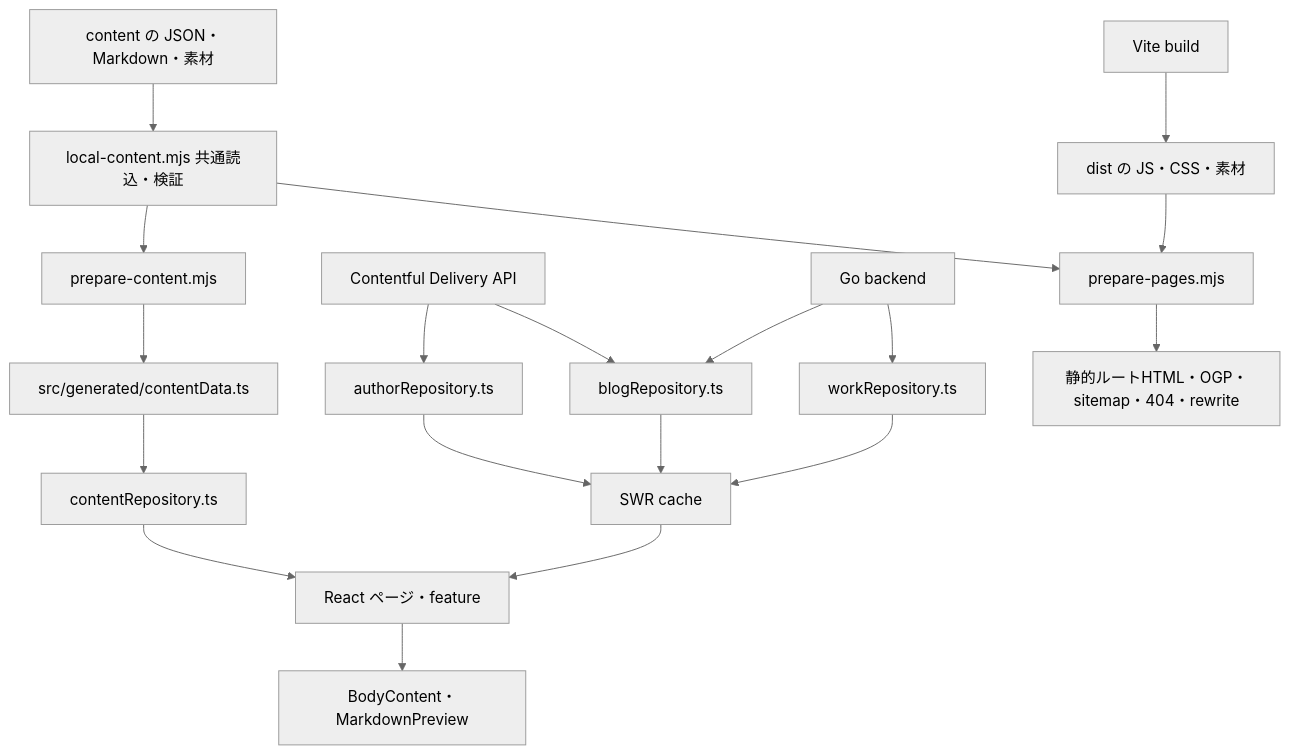
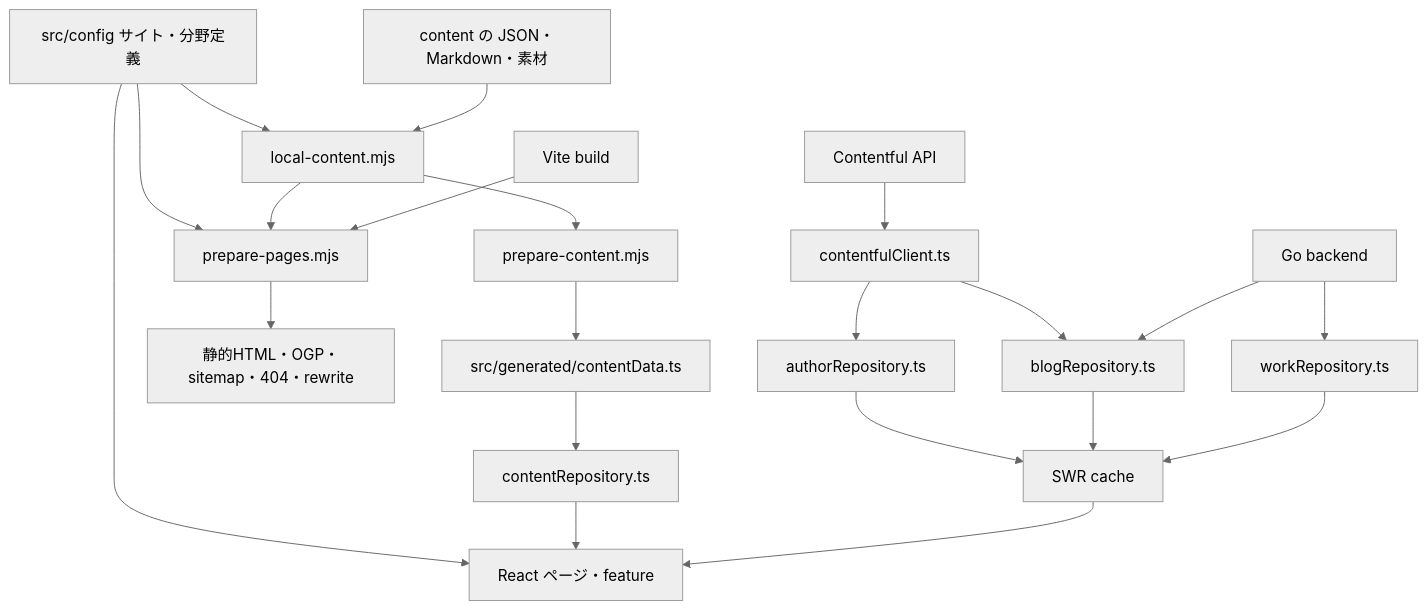
One commit to keitan1130/c3-official-website changed the diagram in docs/architecture.md. Above: the diagram before and after it, drawn with Mermaid (neutral theme). The commit also changed other lines of this file and 75 other files, not shown here.

````diff
--- a/docs/architecture.md
+++ b/docs/architecture.md
@@ -9,21 +23,23 @@
 ```mermaid
 flowchart TD
-  Content[content の JSON・Markdown・素材] --> Registry[local-content.mjs 共通読込・検証]
-  Registry --> Prepare[prepare-content.mjs]
+  Config[src/config サイト・分野定義] --> UI[React ページ・feature]
+  Config --> Validate[local-content.mjs]
+  Content[content の JSON・Markdown・素材] --> Validate
+  Validate --> Prepare[prepare-content.mjs]
   Prepare --> Generated[src/generated/contentData.ts]
-  Generated --> Local[contentRepository.ts]
-  Local --> UI[React ページ・feature]
-  Contentful[Contentful Delivery API] --> Authors[authorRepository.ts]
-  Contentful --> Blogs[blogRepository.ts]
+  Generated --> Repository[contentRepository.ts]
+  Repository --> UI
+  Config --> Pages[prepare-pages.mjs]
+  Validate --> Pages
+  Build[Vite build] --> Pages
+  Pages --> Output[静的HTML・OGP・sitemap・404・rewrite]
+  Contentful[Contentful API] --> Client[contentfulClient.ts]
+  Client --> Authors[authorRepository.ts]
+  Client --> Blogs[blogRepository.ts]
   Go[Go backend] --> Blogs
   Go --> Works[workRepository.ts]
   Authors --> SWR[SWR cache]
   Blogs --> SWR
   Works --> SWR
   SWR --> UI
-  UI --> Markdown[BodyContent・MarkdownPreview]
-  Build[Vite build] --> Dist[dist の JS・CSS・素材]
-  Registry --> Pages[prepare-pages.mjs]
-  Dist --> Pages
-  Pages --> Output[静的ルートHTML・OGP・sitemap・404・rewrite]
 ```
````
